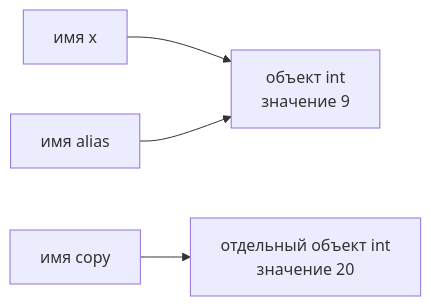
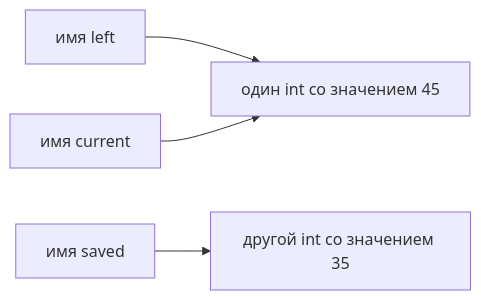
The first of 3 diagrams in notes/cpp-algorithms/cpp/variables-and-memory.md (yaroslav-yarik/cpm-robotics-programming), drawn with Mermaid before and after one commit. The commit also changed other lines of this file, not shown here.

````diff
--- a/notes/cpp-algorithms/cpp/variables-and-memory.md
+++ b/notes/cpp-algorithms/cpp/variables-and-memory.md
@@ -63,6 +42,6 @@
 ```mermaid
 flowchart LR
-    XNAME["имя x"] --> X["объект int<br/>значение 9"]
-    ALIAS["имя alias"] --> X
-    CNAME["имя copy"] --> C["отдельный объект int<br/>значение 20"]
+    L["имя left"] --> M["один int со значением 45"]
+    C["имя current"] --> M
+    S["имя saved"] --> N["другой int со значением 35"]
 ```
````
